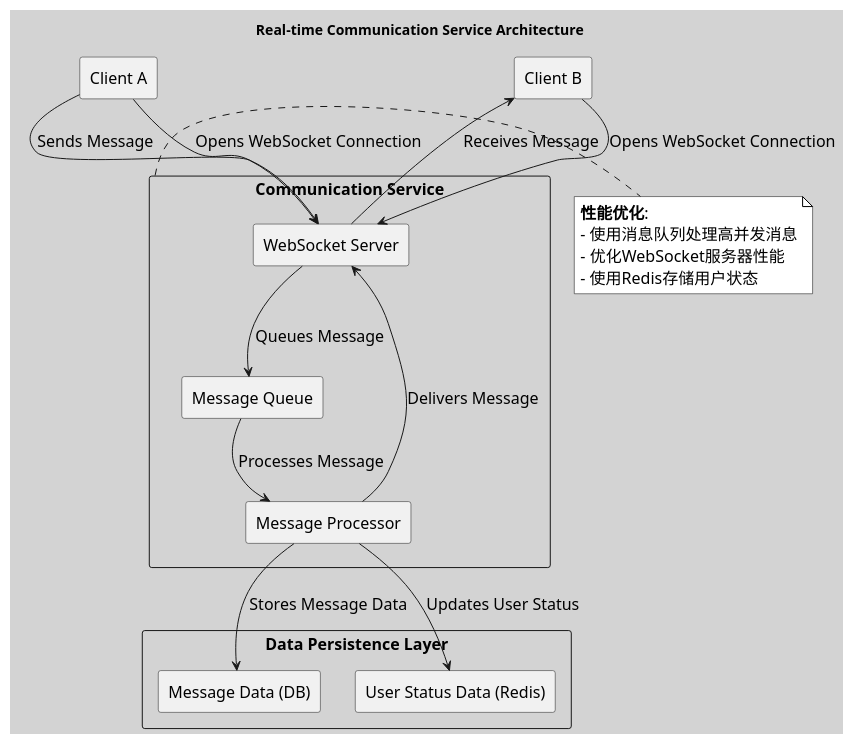
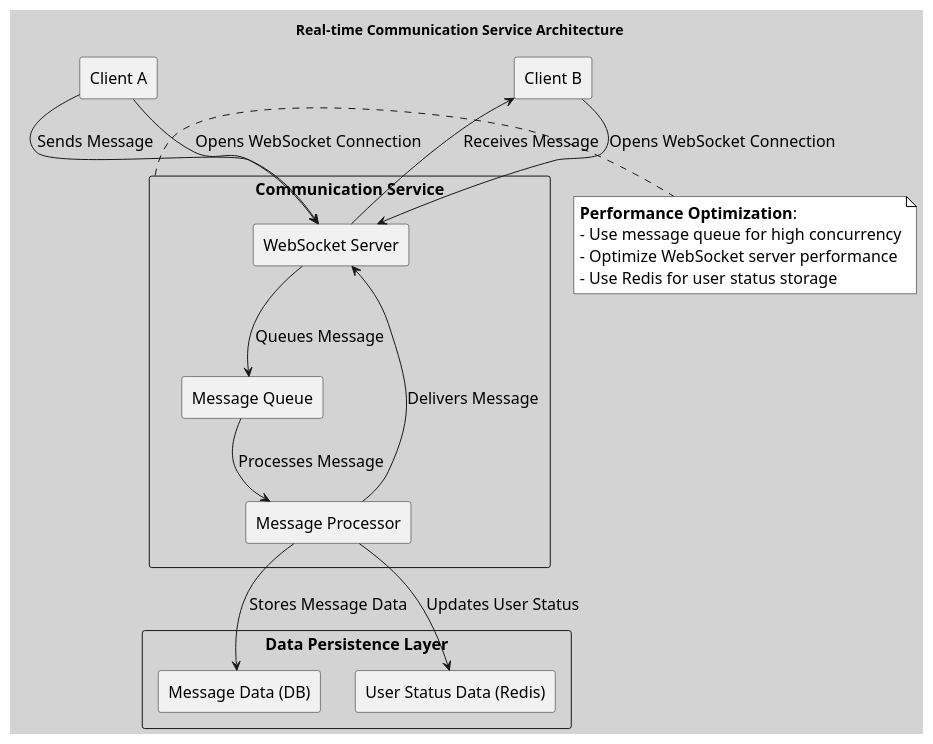
The diagram in twitter/twitter_realtime_communication_service.puml (huangyingw/system_design), drawn with PlantUML before and after one commit.

```diff
--- a/twitter/twitter_realtime_communication_service.puml
+++ b/twitter/twitter_realtime_communication_service.puml
@@ -1,46 +1,46 @@
 @startuml
 
 skinparam backgroundColor #D3D3D3
 skinparam defaultFontName "Arial"
 skinparam defaultFontSize 16
 skinparam note {
     BackgroundColor #FFFFFF
     BorderColor #000000
     FontSize 16
     FontName "Arial"
 }
 
 title Real-time Communication Service Architecture
 
 rectangle "Client A" as ClientA
 rectangle "Client B" as ClientB
 
 rectangle "Communication Service" as CS {
     rectangle "WebSocket Server" as WSS
     rectangle "Message Queue" as MQ
     rectangle "Message Processor" as MP
 }
 
 rectangle "Data Persistence Layer" as DPS {
     rectangle "Message Data (DB)" as MD
     rectangle "User Status Data (Redis)" as USD
 }
 
 ClientA -down-> WSS : Opens WebSocket Connection
 ClientB -down-> WSS : Opens WebSocket Connection
 ClientA -right-> WSS : Sends Message
 WSS -down-> MQ : Queues Message
 MQ -down-> MP : Processes Message
 MP -down-> MD : Stores Message Data
 MP -down-> USD : Updates User Status
 MP -right-> WSS : Delivers Message
 WSS -right-> ClientB : Receives Message
 
 note right of CS
-  **性能优化**:
-  - 使用消息队列处理高并发消息
-  - 优化WebSocket服务器性能
-  - 使用Redis存储用户状态
+  **Performance Optimization**:
+  - Use message queue for high concurrency
+  - Optimize WebSocket server performance
+  - Use Redis for user status storage
 end note
 
 @enduml
```
